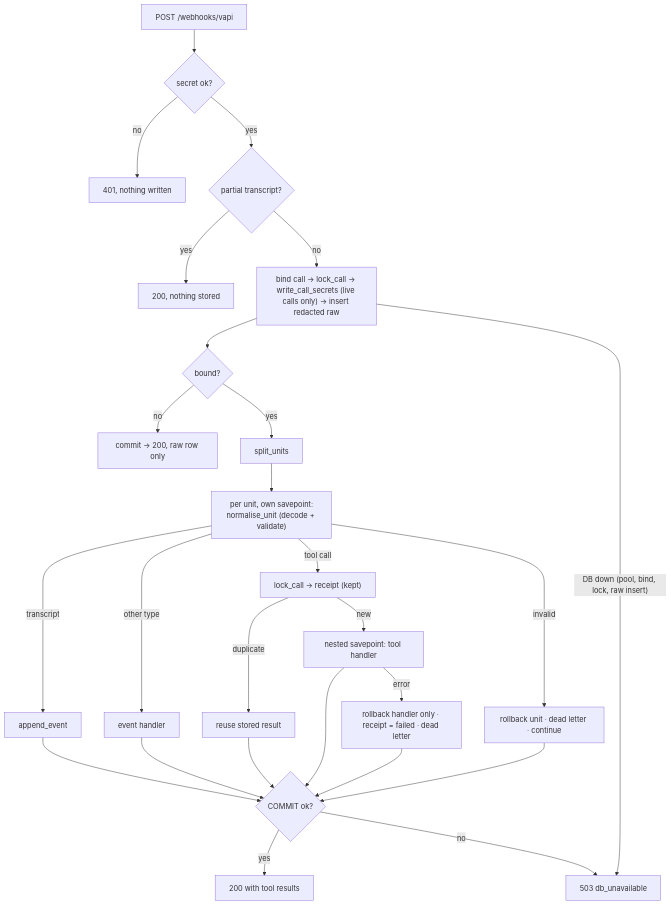
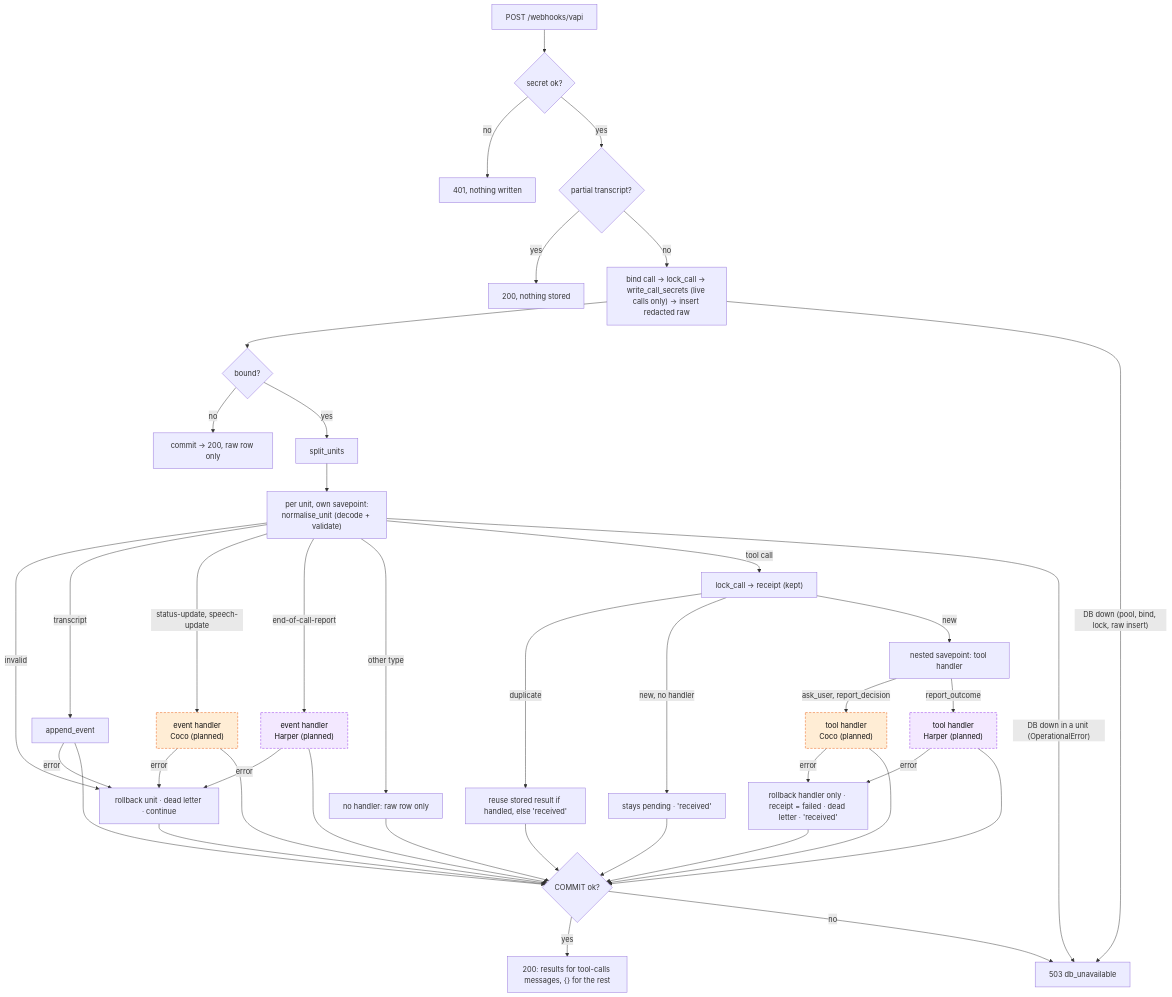
Before and after one commit to cocoleunghokei/nu-outbound-call-agent: the eighth of 8 diagrams in docs/system-overview.md, drawn with Mermaid. The commit also changed other lines of this file, not shown here.

Commit message:
docs: fix system overview routes, planned-package markers and ingress flow

````diff
--- a/docs/system-overview.md
+++ b/docs/system-overview.md
@@ -395,23 +416,36 @@
 ```mermaid
 flowchart TD
+  classDef coco fill:#ffedd5,stroke:#ea580c,color:#111111,stroke-dasharray:5 3
+  classDef harper fill:#f3e8ff,stroke:#9333ea,color:#111111,stroke-dasharray:5 3
+
   A["POST /webhooks/vapi"] --> B{"secret ok?"}
   B -- no --> X["401, nothing written"]
   B -- yes --> C{"partial transcript?"}
   C -- yes --> Y["200, nothing stored"]
   C -- no --> D["bind call → lock_call → write_call_secrets (live calls only) → insert redacted raw"]
   D --> E{"bound?"}
   E -- no --> W["commit → 200, raw row only"]
   E -- yes --> F["split_units"]
   F --> G["per unit, own savepoint:<br/>normalise_unit (decode + validate)"]
   G -- invalid --> H["rollback unit · dead letter · continue"]
   G -- transcript --> T["append_event"]
-  G -- other type --> O["event handler"]
+  T -- error --> H
+  G -- "status-update, speech-update" --> OC["event handler<br/>Coco (planned)"]:::coco
+  G -- "end-of-call-report" --> OH["event handler<br/>Harper (planned)"]:::harper
+  G -- "other type" --> OX["no handler: raw row only"]
+  OC -- error --> H
+  OH -- error --> H
   G -- tool call --> R["lock_call → receipt (kept)"]
-  R -- duplicate --> S["reuse stored result"]
+  R -- "duplicate" --> S["reuse stored result if handled, else 'received'"]
+  R -- "new, no handler" --> P["stays pending · 'received'"]
   R -- new --> HS["nested savepoint: tool handler"]
-  HS -- error --> HF["rollback handler only · receipt = failed · dead letter"]
-  T & O & S & HS & HF & H --> K{"COMMIT ok?"}
-  K -- yes --> I["200 with tool results"]
+  HS -- "ask_user, report_decision" --> HC["tool handler<br/>Coco (planned)"]:::coco
+  HS -- "report_outcome" --> HP["tool handler<br/>Harper (planned)"]:::harper
+  HC -- error --> HF["rollback handler only · receipt = failed · dead letter · 'received'"]
+  HP -- error --> HF
+  T & OC & OH & OX & S & P & HC & HP & HF & H --> K{"COMMIT ok?"}
+  K -- yes --> I["200: results for tool-calls messages, {} for the rest"]
   K -- no --> Z
   D -- "DB down (pool, bind, lock, raw insert)" --> Z["503 db_unavailable"]
+  G -- "DB down in a unit (OperationalError)" --> Z
 ```
````
